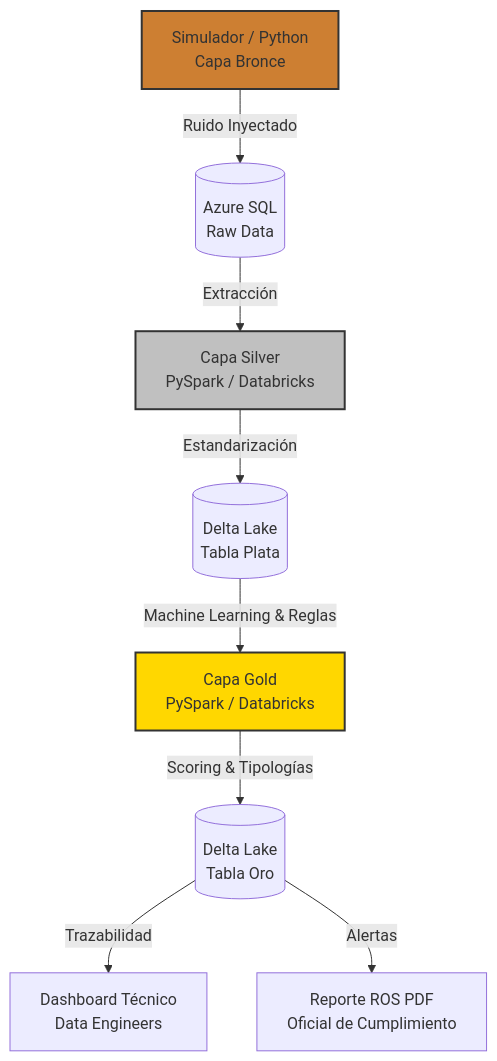
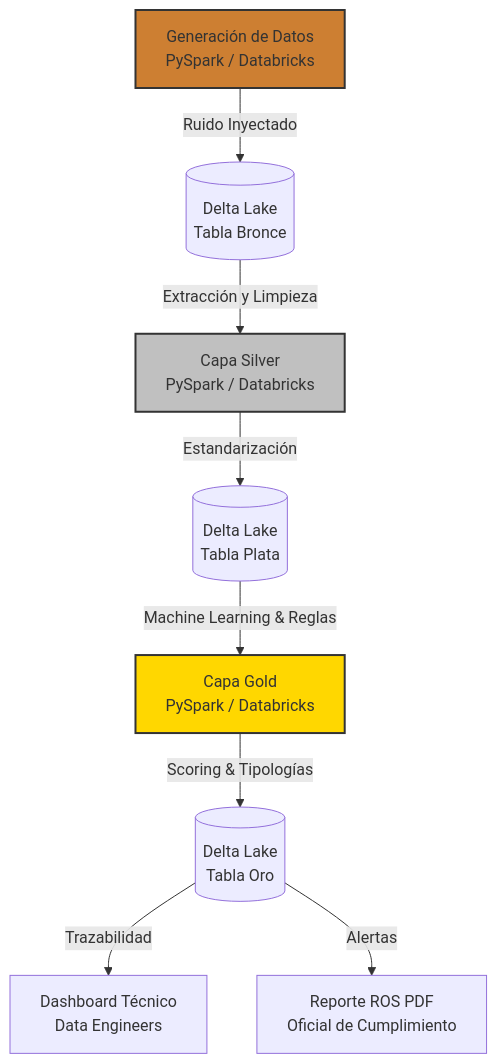
One commit to robertpid/end-to-end-aml-pipeline changed the diagram in README.md. Above: the diagram before and after it, drawn with Mermaid. The commit also changed other lines of this file and 11 other files, not shown here.

Commit message:
Refactor: Migrate pipeline to native Databricks/PySpark notebooks, update schema, and remove GitHub Actions

````diff
--- a/README.md
+++ b/README.md
@@ -9,14 +9,14 @@
 ```mermaid
 graph TD
-    A[Simulador / Python<br>Capa Bronce] -->|Ruido Inyectado| B[(Azure SQL<br>Raw Data)]
-    B -->|Extracción| C[Capa Silver<br>PySpark / Databricks]
+    A[Generación de Datos<br>PySpark / Databricks] -->|Ruido Inyectado| B[(Delta Lake<br>Tabla Bronce)]
+    B -->|Extracción y Limpieza| C[Capa Silver<br>PySpark / Databricks]
     C -->|Estandarización| D[(Delta Lake<br>Tabla Plata)]
     D -->|Machine Learning & Reglas| E[Capa Gold<br>PySpark / Databricks]
     E -->|Scoring & Tipologías| F[(Delta Lake<br>Tabla Oro)]
     F -->|Trazabilidad| G[Dashboard Técnico<br>Data Engineers]
     F -->|Alertas| H[Reporte ROS PDF<br>Oficial de Cumplimiento]
     
     style A fill:#cd7f32,stroke:#333,stroke-width:2px
     style C fill:#c0c0c0,stroke:#333,stroke-width:2px
     style E fill:#ffd700,stroke:#333,stroke-width:2px
 ```
````
